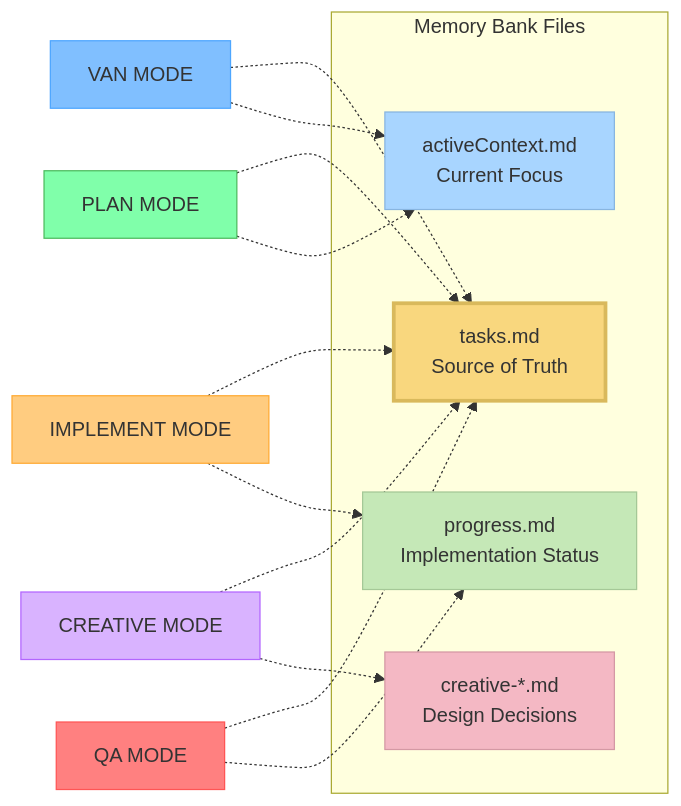
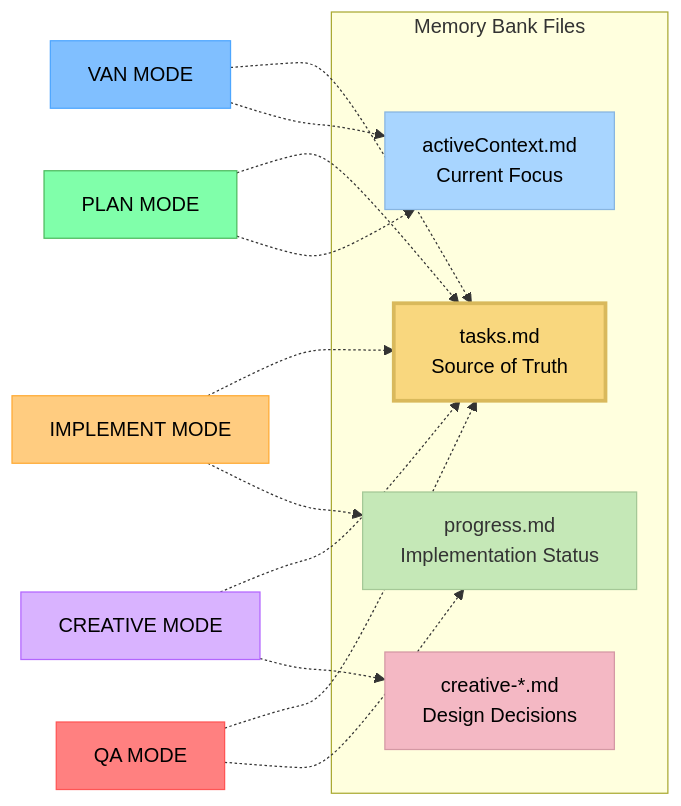
Before and after one commit to ac484/ng-ac: the eighth of 11 diagrams in memory_bank_upgrade_guide.md, drawn with Mermaid. The commit also changed other lines of this file and 18 other files, not shown here.

````diff
--- a/memory_bank_upgrade_guide.md
+++ b/memory_bank_upgrade_guide.md
@@ -372,26 +372,26 @@
 ```mermaid
 graph LR
     subgraph "Memory Bank Files"
         Tasks["tasks.md<br>Source of Truth"]
         Active["activeContext.md<br>Current Focus"]
         Progress["progress.md<br>Implementation Status"]
         Creative["creative-*.md<br>Design Decisions"]
     end
     
     VAN["VAN MODE"] -.-> Tasks & Active
     PLAN["PLAN MODE"] -.-> Tasks & Active
     CREATIVE["CREATIVE MODE"] -.-> Tasks & Creative
     IMPLEMENT["IMPLEMENT MODE"] -.-> Tasks & Progress
     QA["QA MODE"] -.-> Tasks & Progress
     
-    style Tasks fill:#f9d77e,stroke:#d9b95c,stroke-width:3px
-    style Active fill:#a8d5ff,stroke:#88b5e0
+    style Tasks fill:#f9d77e,stroke:#d9b95c,stroke-width:3px,color:black
+    style Active fill:#a8d5ff,stroke:#88b5e0,color:black
     style Progress fill:#c5e8b7,stroke:#a5c897
-    style Creative fill:#f4b8c4,stroke:#d498a4
+    style Creative fill:#f4b8c4,stroke:#d498a4,color:black
     
-    style VAN fill:#80bfff,stroke:#4da6ff
-    style PLAN fill:#80ffaa,stroke:#4dbb5f
-    style CREATIVE fill:#d9b3ff,stroke:#b366ff
-    style IMPLEMENT fill:#ffcc80,stroke:#ffaa33
-    style QA fill:#ff8080,stroke:#ff5555
+    style VAN fill:#80bfff,stroke:#4da6ff,color:black
+    style PLAN fill:#80ffaa,stroke:#4dbb5f,color:black
+    style CREATIVE fill:#d9b3ff,stroke:#b366ff,color:black
+    style IMPLEMENT fill:#ffcc80,stroke:#ffaa33,color:black
+    style QA fill:#ff8080,stroke:#ff5555,color:black
 ```
````
